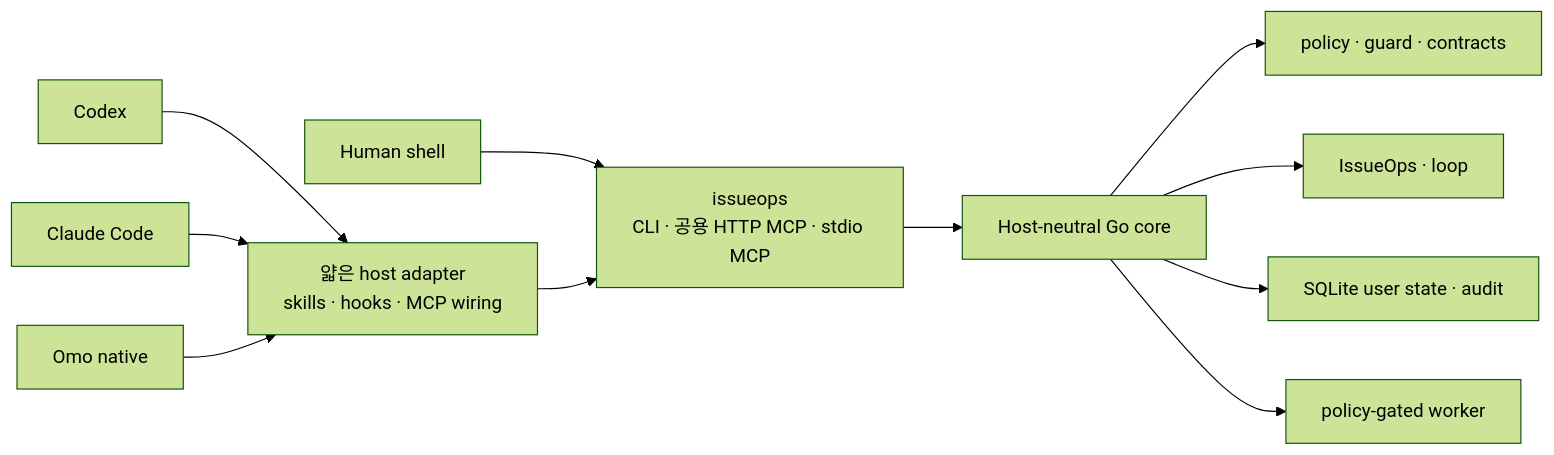
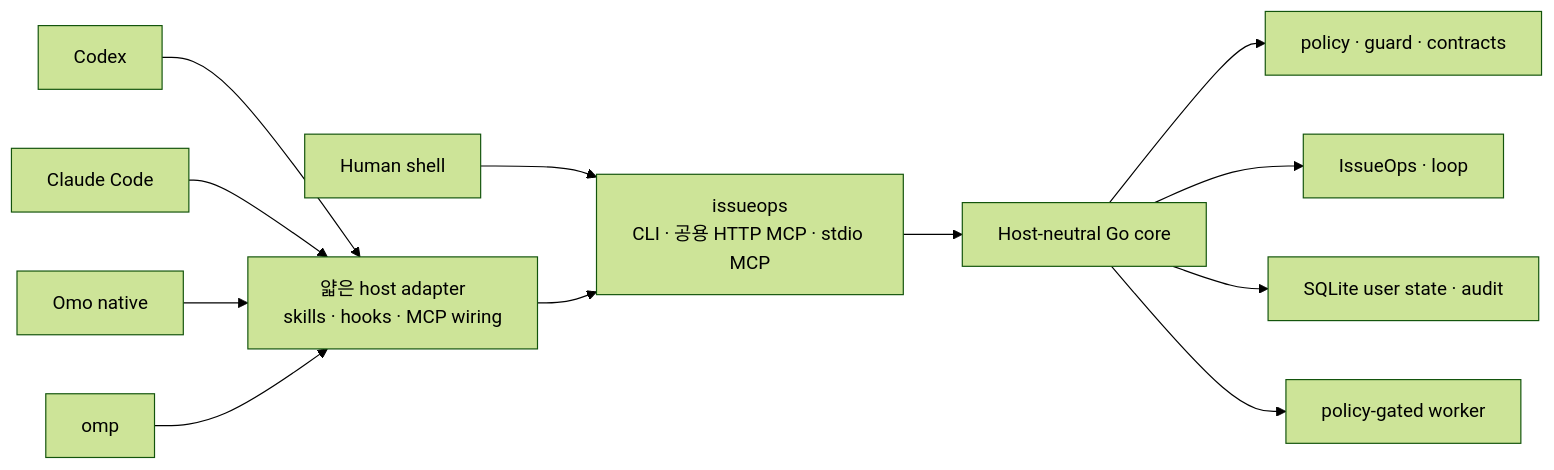
The diagram in README.md (m16khb-org/issueops), drawn with Mermaid (forest theme) before and after one commit. The commit also changed other lines of this file and 25 other files, not shown here.

First line of the commit message:
docs(omp): record the omp first-party host decision and operating docs

````diff
--- a/README.md
+++ b/README.md
@@ -208,13 +210,14 @@
 ```mermaid
 flowchart LR
     Codex["Codex"] --> Host["얇은 host adapter<br/>skills · hooks · MCP wiring"]
     Claude["Claude Code"] --> Host
     Omo["Omo native"] --> Host
+    Omp["omp"] --> Host
     Shell["Human shell"] --> Surface["issueops<br/>CLI · 공용 HTTP MCP · stdio MCP"]
     Host --> Surface
     Surface --> Core["Host-neutral Go core"]
     Core --> Policy["policy · guard · contracts"]
     Core --> Flow["IssueOps · loop"]
     Core --> State["SQLite user state · audit"]
     Core --> Worker["policy-gated worker"]
 ```
````
